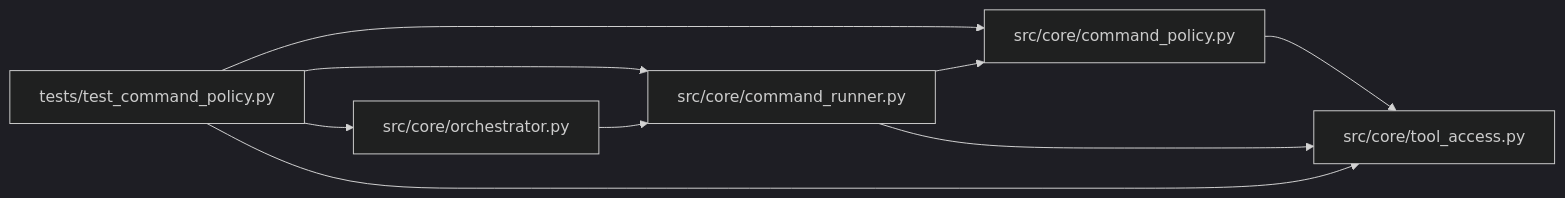
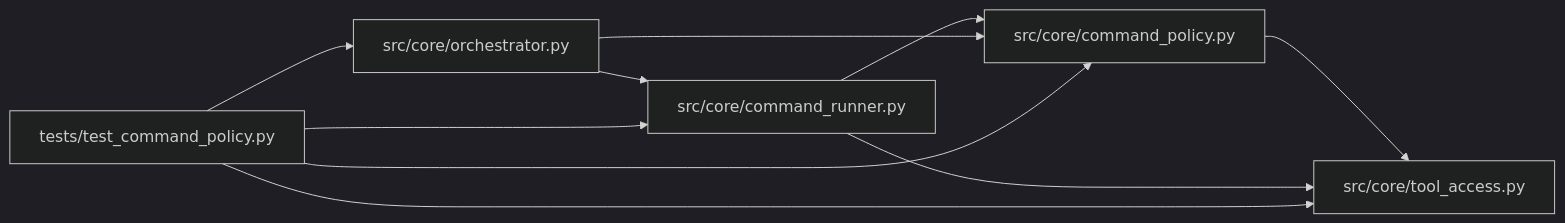
One commit to Denissvgn/autoresearch-agent changed the diagram in docs/llm_wiki/modules/test_command_policy.md. Above: the diagram before and after it, drawn with Mermaid (dark theme). The commit also changed other lines of this file and 1033 other files, not shown here.

````diff
--- a/docs/llm_wiki/modules/test_command_policy.md
+++ b/docs/llm_wiki/modules/test_command_policy.md
@@ -31,21 +32,22 @@
 ```mermaid
 flowchart LR
     n0["src/core/command_policy.py"]
     n1["src/core/command_runner.py"]
     n2["src/core/orchestrator.py"]
     n3["src/core/tool_access.py"]
     n4["tests/test_command_policy.py"]
     n0 --> n3
     n1 --> n0
     n1 --> n3
+    n2 --> n0
     n2 --> n1
     n4 --> n0
     n4 --> n1
     n4 --> n2
     n4 --> n3
     click n0 "../modules/command_policy.md"
     click n1 "../modules/command_runner.md"
     click n2 "../modules/orchestrator.md"
     click n3 "../modules/tool_access.md"
     click n4 "../modules/test_command_policy.md"
 ```
````
